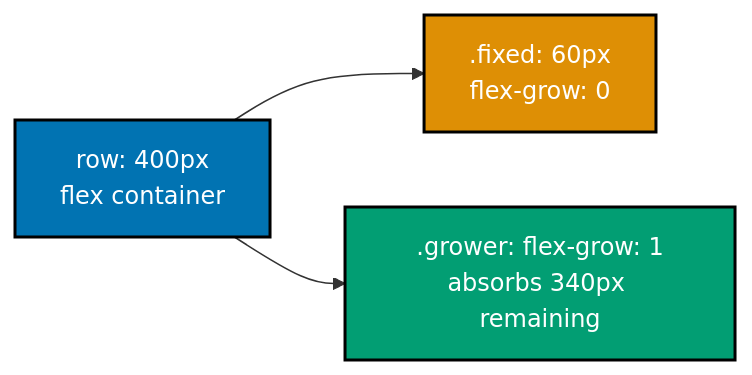
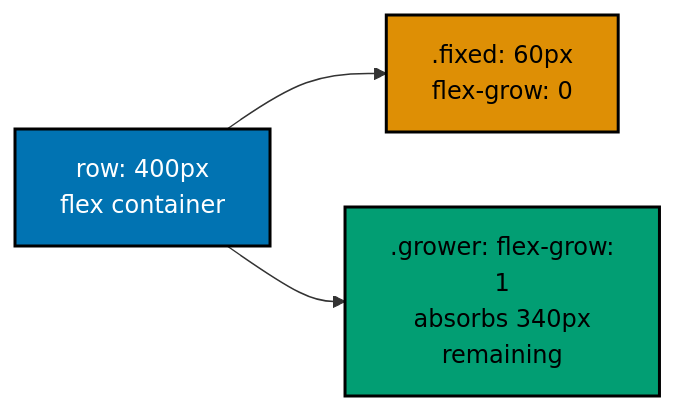
Before and after one commit to wahidyankf/ose-public: the first of 14 diagrams in apps/ayokoding-www/content/en/learn/courses/frontend-essentials/learning/intermediate.md, drawn with Mermaid. The commit also changed other lines of this file and 144 other files, not shown here.

First line of the commit message:
fix(mermaid): bring the first half of the courses diagrams onto the accessible palette

````diff
--- a/apps/ayokoding-www/content/en/learn/courses/frontend-essentials/learning/intermediate.md
+++ b/apps/ayokoding-www/content/en/learn/courses/frontend-essentials/learning/intermediate.md
@@ -18,10 +18,13 @@
 ```mermaid
 %% Color Palette: Blue #0173B2, Orange #DE8F05, Teal #029E73
 flowchart LR
+    accTitle: Example 29: flex-grow Absorbs Space
+    accDescr: Flowchart with 3 nodes and 2 connections. Nodes: row: 400px flex container, .fixed: 60px flex-grow: 0, .grower: flex-grow: 1 absorbs 340px remaining. Connections: row: 400px flex container to .fixed: 60px flex-grow: 0, row: 400px flex container to .grower: flex-grow: 1 absorbs 340px remaining.
     A["row: 400px<br/>flex container"]:::blue --> B[".fixed: 60px<br/>flex-grow: 0"]:::orange
-    A --> C[".grower: flex-grow: 1<br/>absorbs 340px remaining"]:::teal
+    A --> C[".grower: flex-grow:<br/>1<br/>absorbs 340px<br/>remaining"]:::teal
 
     classDef blue fill:#0173B2,stroke:#000000,color:#FFFFFF,stroke-width:2px
-    classDef orange fill:#DE8F05,stroke:#000000,color:#FFFFFF,stroke-width:2px
-    classDef teal fill:#029E73,stroke:#000000,color:#FFFFFF,stroke-width:2px
+    classDef orange fill:#DE8F05,stroke:#000000,color:#000000,stroke-width:2px
+    classDef teal fill:#029E73,stroke:#000000,color:#000000,stroke-width:2px
+    classDef default fill:#FFFFFF,stroke:#000000,color:#000000
 ```
````
